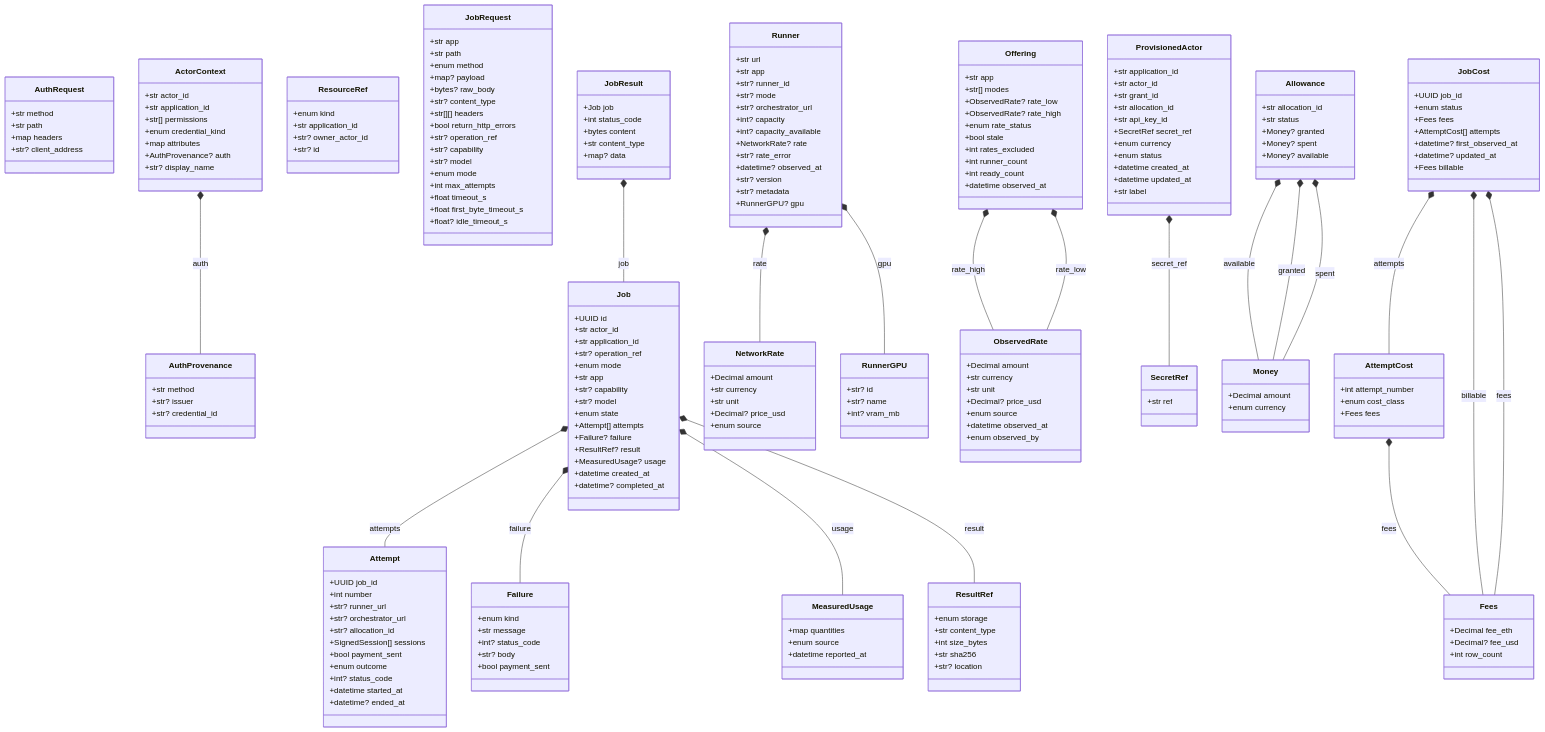
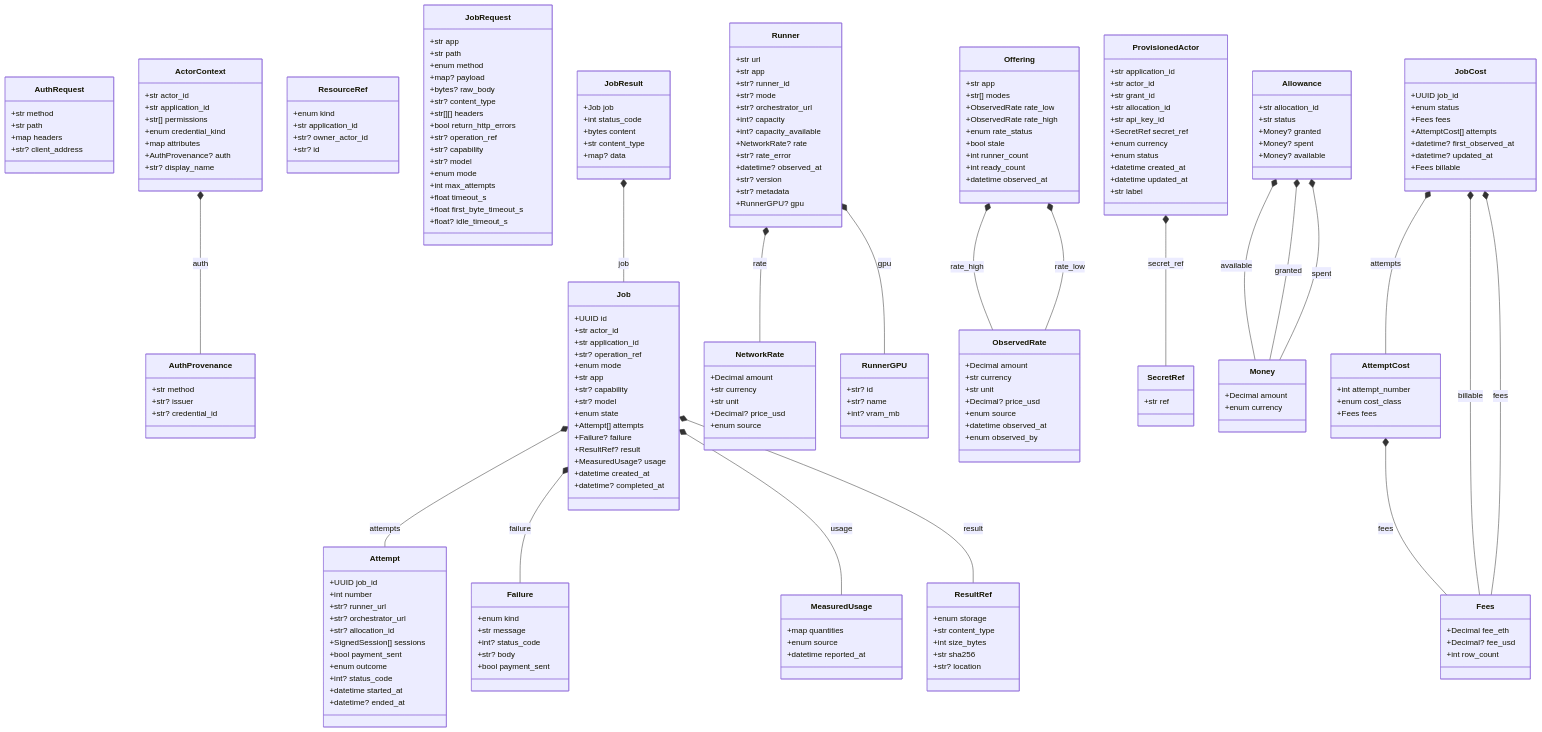
Before and after one commit to NE-Build-Track/livepeer-builder-core: the diagram in docs/generated/contracts.md, drawn with Mermaid. The commit also changed 17 other files, not shown here.

```diff
--- a/docs/generated/contracts.md
+++ b/docs/generated/contracts.md
@@ -145,11 +145,10 @@
     class Offering {
         +str app
         +str[] modes
-        +ObservedRate? rate_low
-        +ObservedRate? rate_high
+        +ObservedRate rate_low
+        +ObservedRate rate_high
         +enum rate_status
         +bool stale
-        +int rates_excluded
         +int runner_count
         +int ready_count
         +datetime observed_at
```
